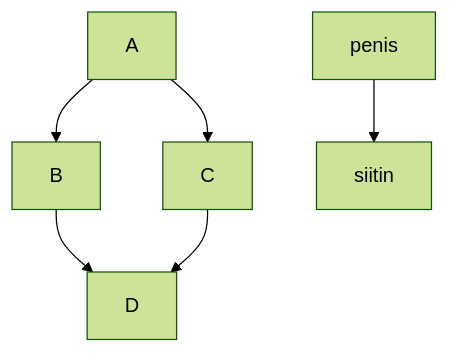
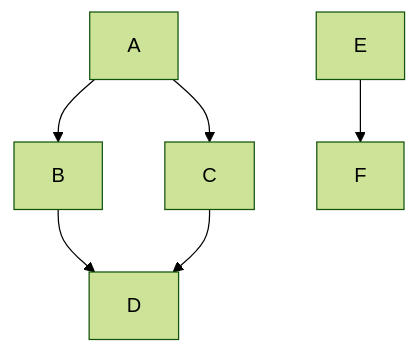
One commit to JutilaO/fullstackopen changed the diagram in Osa 0/sekvenssikaavio.md. Above: the diagram before and after it, drawn with Mermaid (forest theme).

````diff
--- a/Osa 0/sekvenssikaavio.md
+++ b/Osa 0/sekvenssikaavio.md
@@ -1,8 +1,8 @@
 ```mermaid
 graph TD;
     A-->B;
     A-->C;
     B-->D;
     C-->D;
-    penis-->siitin;
+    E-->F
 ```
````
